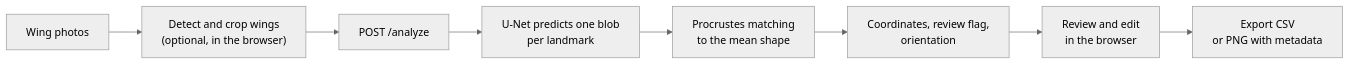
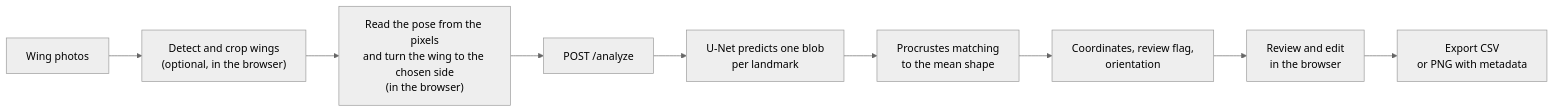
The diagram in README.md (mkrajew/wingai-app), drawn with Mermaid (neutral theme) before and after one commit. The commit also changed other lines of this file, not shown here.

First line of the commit message:
Document the turn from pixels in the README

````diff
--- a/README.md
+++ b/README.md
@@ -45,10 +45,11 @@
 ```mermaid
 flowchart LR
     A["Wing photos"] --> B["Detect and crop wings<br/>(optional, in the browser)"]
-    B --> C["POST /analyze"]
+    B --> P["Read the pose from the pixels<br/>and turn the wing to the chosen side<br/>(in the browser)"]
+    P --> C["POST /analyze"]
     C --> D["U-Net predicts one blob<br/>per landmark"]
     D --> E["Procrustes matching<br/>to the mean shape"]
     E --> F["Coordinates, review flag,<br/>orientation"]
     F --> G["Review and edit<br/>in the browser"]
     G --> H["Export CSV<br/>or PNG with metadata"]
 ```
````
